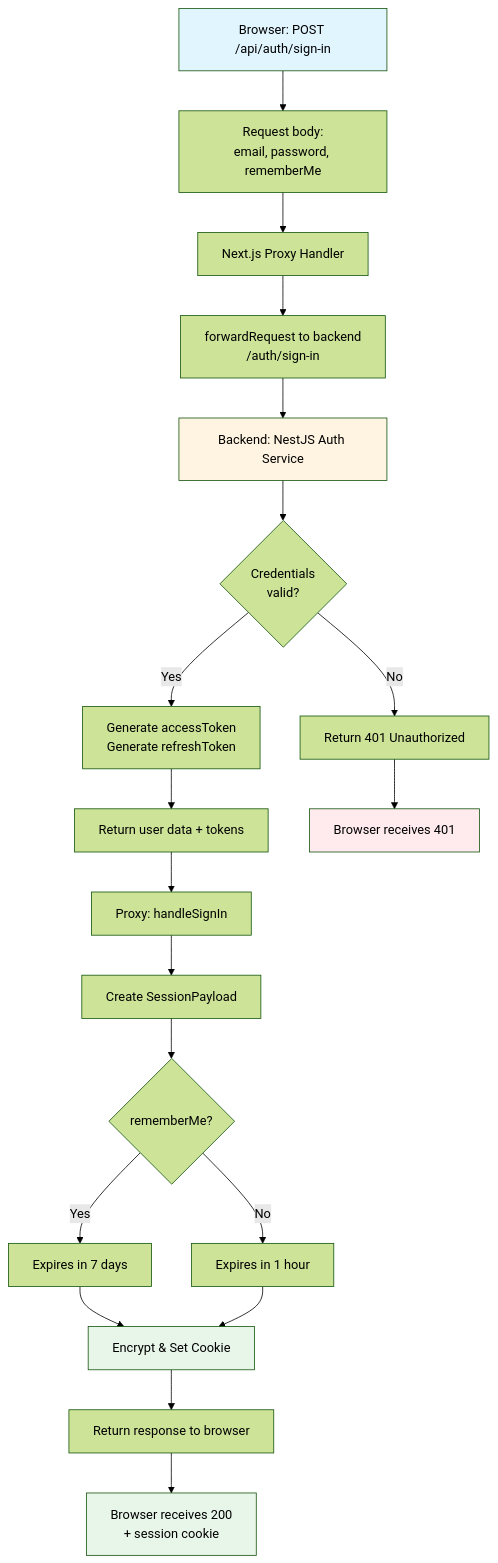
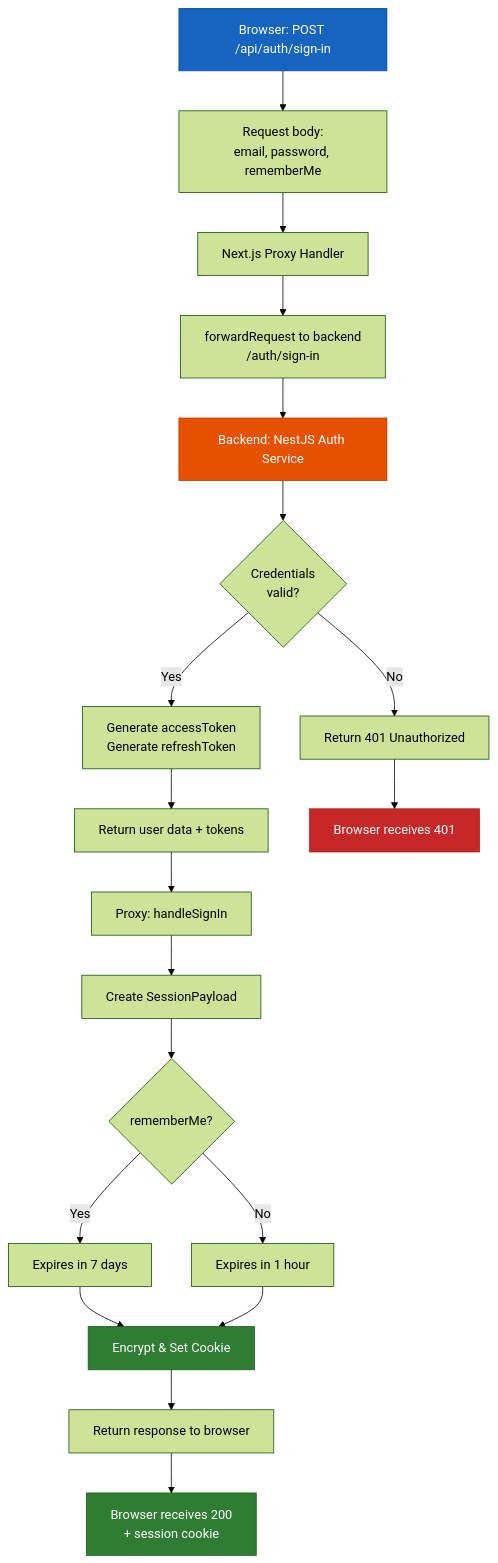
Before and after one commit to kisstamasj/nestjs-nextjs-api-proxy: the fourth of 7 diagrams in API_PROXY_GUIDE.md, drawn with Mermaid (forest theme). The commit also changed other lines of this file, not shown here.

Commit message:
docs: Enhance mermaid diagram readability by updating styles to use darker colors and white text.

````diff
--- a/API_PROXY_GUIDE.md
+++ b/API_PROXY_GUIDE.md
@@ -187,27 +187,27 @@
 ```mermaid
 flowchart TD
     A[Browser: POST /api/auth/sign-in] --> B[Request body:<br/>email, password, rememberMe]
     B --> C[Next.js Proxy Handler]
     C --> D[forwardRequest to backend<br/>/auth/sign-in]
     D --> E[Backend: NestJS Auth Service]
     E --> F{Credentials<br/>valid?}
     F -->|No| G[Return 401 Unauthorized]
     F -->|Yes| H[Generate accessToken<br/>Generate refreshToken]
     H --> I[Return user data + tokens]
     I --> J[Proxy: handleSignIn]
     J --> K[Create SessionPayload]
     K --> L{rememberMe?}
     L -->|Yes| M[Expires in 7 days]
     L -->|No| N[Expires in 1 hour]
     M --> O[Encrypt & Set Cookie]
     N --> O
     O --> P[Return response to browser]
     G --> Q[Browser receives 401]
     P --> R[Browser receives 200<br/>+ session cookie]
     
-    style A fill:#e1f5ff
-    style E fill:#fff4e1
-    style O fill:#e8f5e9
-    style R fill:#e8f5e9
-    style Q fill:#ffebee
+    style A fill:#1565c0,stroke:#0d47a1,color:#fff
+    style E fill:#e65100,stroke:#bf360c,color:#fff
+    style O fill:#2e7d32,stroke:#1b5e20,color:#fff
+    style R fill:#2e7d32,stroke:#1b5e20,color:#fff
+    style Q fill:#c62828,stroke:#b71c1c,color:#fff
 ```
````
